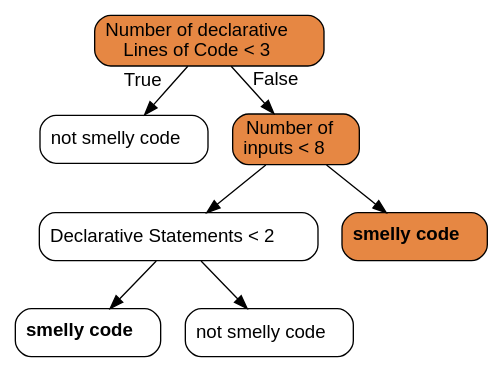
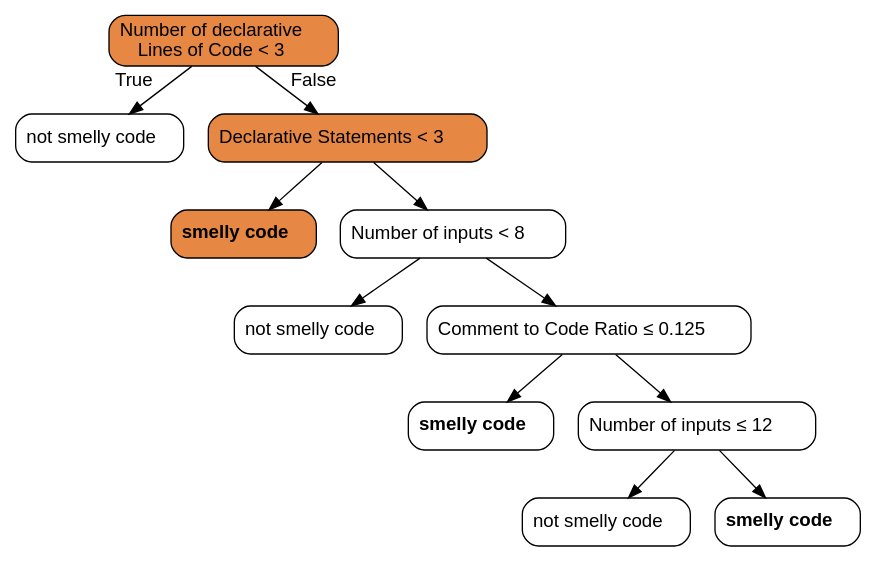
One commit to christianorossini/masterProject changed the diagram in artefatos/models/filtered-dt/lpl.dot. Above: the diagram before and after it, drawn with Graphviz. The commit also changed 9 other files, not shown here.

```diff
--- a/artefatos/models/filtered-dt/lpl.dot
+++ b/artefatos/models/filtered-dt/lpl.dot
@@ -1,17 +1,25 @@
 digraph Tree {
 node [color="black", fontname=helvetica, shape=box,  style="filled, rounded", fillcolor="#FFFFFF"];
 edge [fontname=helvetica];
 0 [label=<Number of declarative<br/> Lines of Code &lt; 3>, fillcolor="#e68743"];
 1 [label=<not smelly code>];
 0 -> 1  [headlabel="True", labelangle=45, labeldistance="2.5"];
-2 [label=<Number of<br/> inputs &lt; 8>, fillcolor="#e68743"];
+2 [label=<Declarative Statements &lt; 3>, fillcolor="#e68743"];
 0 -> 2  [headlabel="False", labelangle="-45", labeldistance="2.5"];
-3 [label=<Declarative Statements &lt; 2>];
+3 [label=<<b>smelly code</b>>, fillcolor="#e68743"];
 2 -> 3;
-5 [label=<<b>smelly code</b>>];
-3 -> 5;
-6 [label=<not smelly code>];
-3 -> 6;
-4 [label=<<b>smelly code</b>>, fillcolor="#e68743"];
+4 [label=<Number of inputs &lt; 8>];
 2 -> 4;
+5 [label=<not smelly code>];
+4 -> 5;
+6 [label=<Comment to Code Ratio &le; 0.125>];
+4 -> 6;
+7 [label=<<b>smelly code</b>>];
+6 -> 7;
+8 [label=<Number of inputs &le; 12>];
+6 -> 8;
+9 [label=<not smelly code>];
+8 -> 9;
+10 [label=<<b>smelly code</b>>];
+8 -> 10;
 }
```
